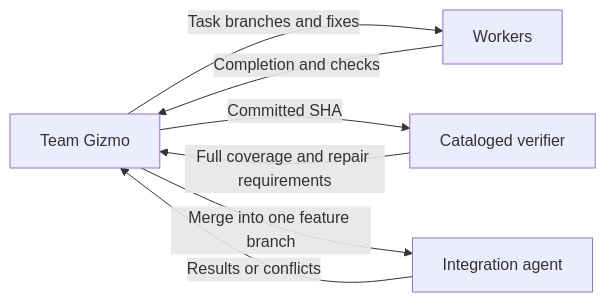
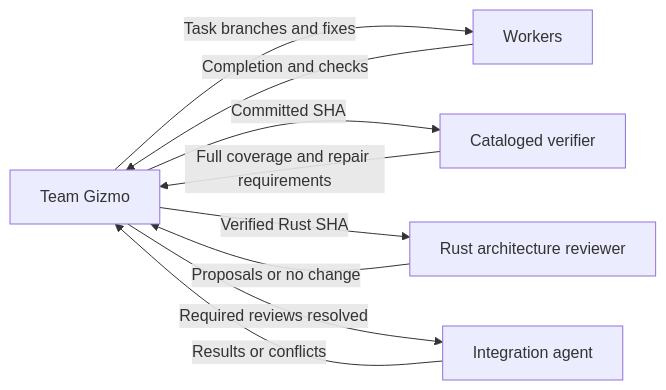
One commit to ai-ai-ai-ai-ai-ai-ai/meta-cortex changed the diagram in cortex/teams/gizmo-team/agents/gizmo/AGENTS.md. Above: the diagram before and after it, drawn with Mermaid. The commit also changed other lines of this file and 9 other files, not shown here.

Commit message:
Replace Rust refactoring workflow with architecture review

````diff
--- a/cortex/teams/gizmo-team/agents/gizmo/AGENTS.md
+++ b/cortex/teams/gizmo-team/agents/gizmo/AGENTS.md
@@ -91,9 +91,11 @@
 ```mermaid
 flowchart LR
     G[Team Gizmo] -->|Task branches and fixes| W[Workers]
     W -->|Completion and checks| G
     G -->|Committed SHA| V[Cataloged verifier]
     V -->|Full coverage and repair requirements| G
-    G -->|Merge into one feature branch| I[Integration agent]
+    G -->|Verified Rust SHA| A[Rust architecture reviewer]
+    A -->|Proposals or no change| G
+    G -->|Required reviews resolved| I[Integration agent]
     I -->|Results or conflicts| G
 ```
````
